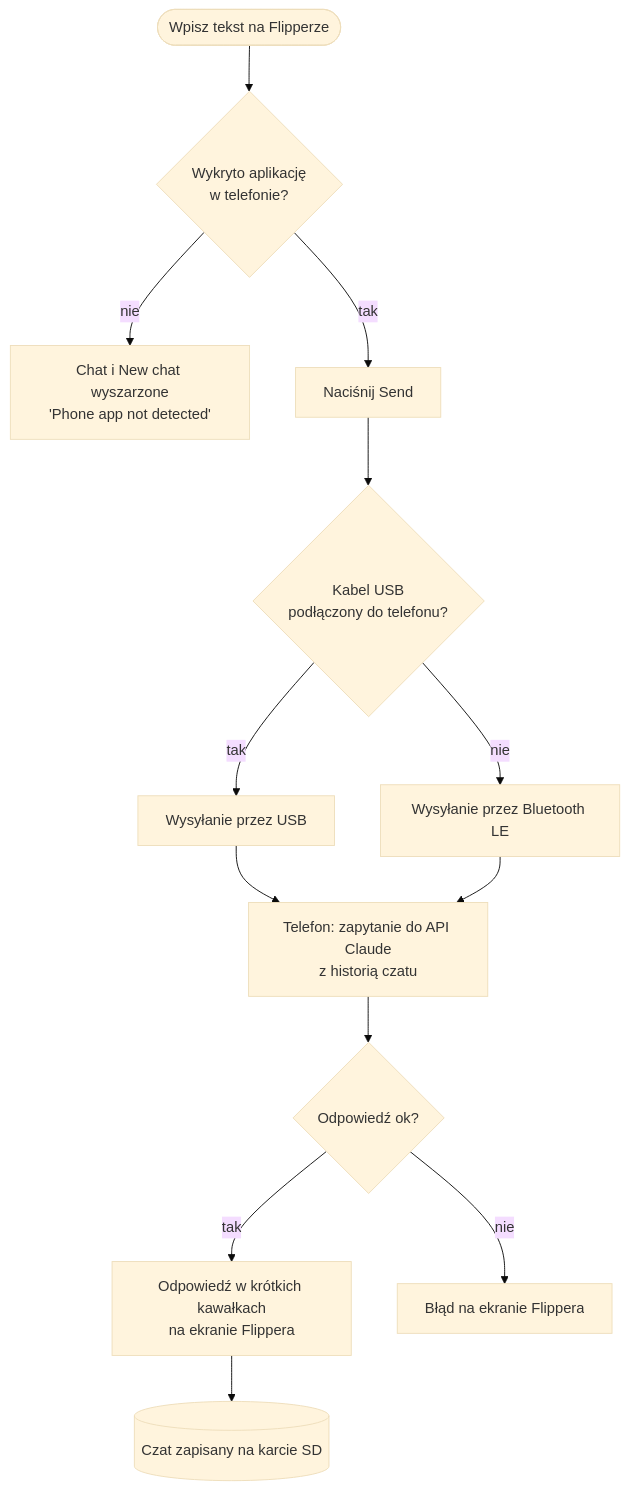
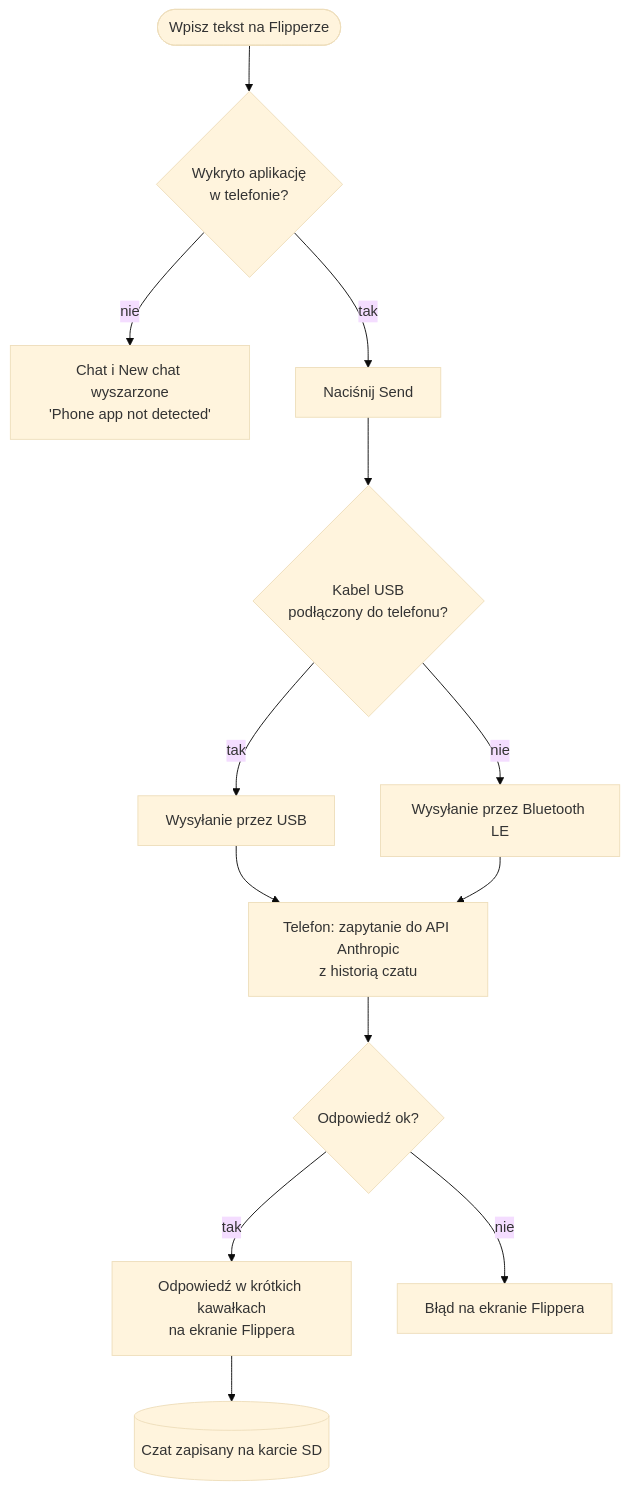
The second of 5 diagrams in README.pl.md (Nahida4479/Flipper-AI-Bridge), drawn with Mermaid (base theme) before and after one commit. The commit also changed other lines of this file and 28 other files, not shown here.

````diff
--- a/README.pl.md
+++ b/README.pl.md
@@ -28,15 +28,15 @@
 ```mermaid
 flowchart TD
     A([Wpisz tekst na Flipperze]) --> B{Wykryto aplikację<br/>w telefonie?}
     B -- nie --> C["Chat i New chat wyszarzone<br/>'Phone app not detected'"]
     B -- tak --> D[Naciśnij Send]
     D --> E{Kabel USB<br/>podłączony do telefonu?}
     E -- tak --> F[Wysyłanie przez USB]
     E -- nie --> G[Wysyłanie przez Bluetooth LE]
-    F --> H[Telefon: zapytanie do API Claude<br/>z historią czatu]
+    F --> H[Telefon: zapytanie do API Anthropic<br/>z historią czatu]
     G --> H
     H --> I{Odpowiedź ok?}
     I -- tak --> J["Odpowiedź w krótkich kawałkach<br/>na ekranie Flippera"]
     I -- nie --> K["Błąd na ekranie Flippera"]
     J --> L[(Czat zapisany na karcie SD)]
 ```
````
